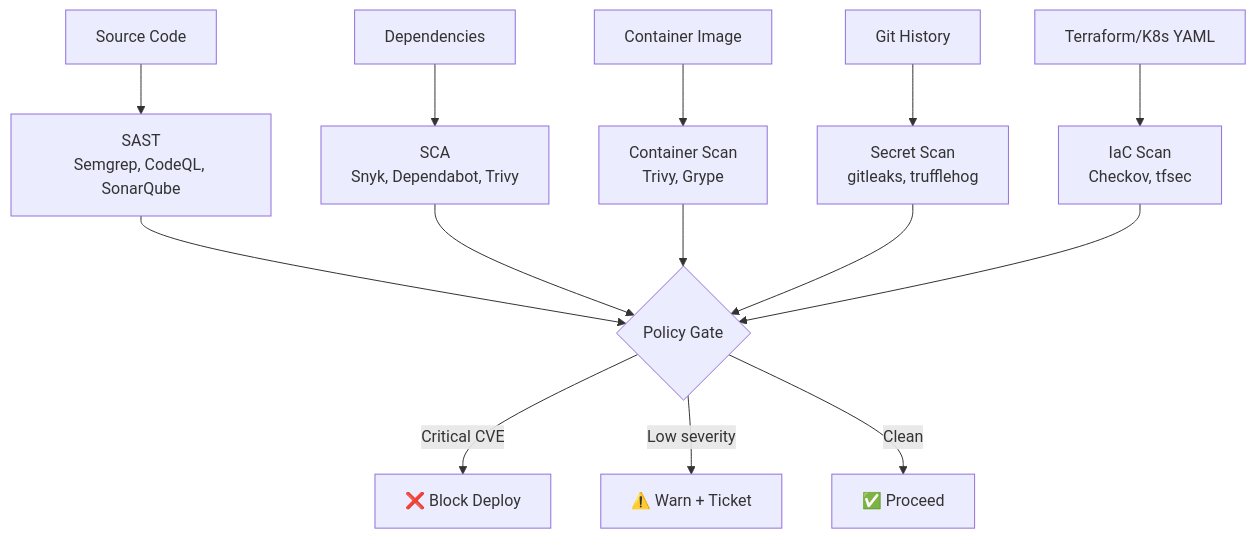
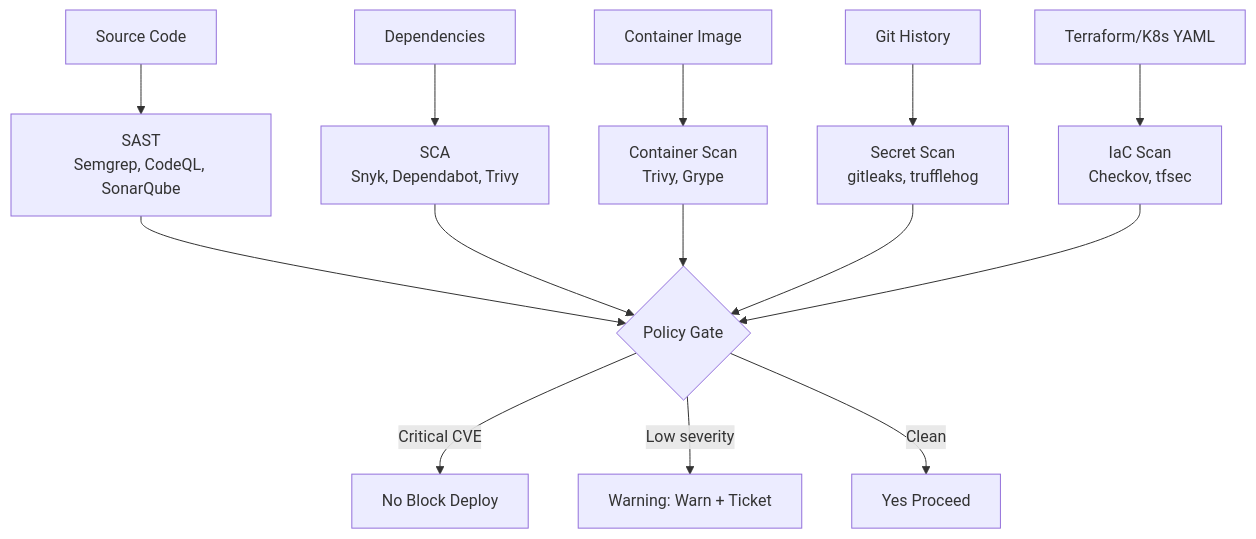
The eighth of 48 diagrams in 09-infrastructure/32-cicd-deployment-strategies.md (billywr/system-design), drawn with Mermaid before and after one commit. The commit also changed other lines of this file and 39 other files, not shown here.

````diff
--- a/09-infrastructure/32-cicd-deployment-strategies.md
+++ b/09-infrastructure/32-cicd-deployment-strategies.md
@@ -264,18 +264,18 @@
 ```mermaid
 flowchart TB
     CODE[Source Code] --> SAST[SAST<br/>Semgrep, CodeQL, SonarQube]
     DEPS[Dependencies] --> SCA[SCA<br/>Snyk, Dependabot, Trivy]
     IMAGE[Container Image] --> CS[Container Scan<br/>Trivy, Grype]
     REPO[Git History] --> SEC[Secret Scan<br/>gitleaks, trufflehog]
     IaC[Terraform/K8s YAML] --> IaC_SCAN[IaC Scan<br/>Checkov, tfsec]
 
     SAST --> GATE{Policy Gate}
     SCA --> GATE
     CS --> GATE
     SEC --> GATE
     IaC_SCAN --> GATE
 
-    GATE -->|Critical CVE| BLOCK[❌ Block Deploy]
-    GATE -->|Low severity| WARN[⚠️ Warn + Ticket]
-    GATE -->|Clean| PASS[✅ Proceed]
+    GATE -->|Critical CVE| BLOCK[No Block Deploy]
+    GATE -->|Low severity| WARN[Warning: Warn + Ticket]
+    GATE -->|Clean| PASS[Yes Proceed]
 ```
````
